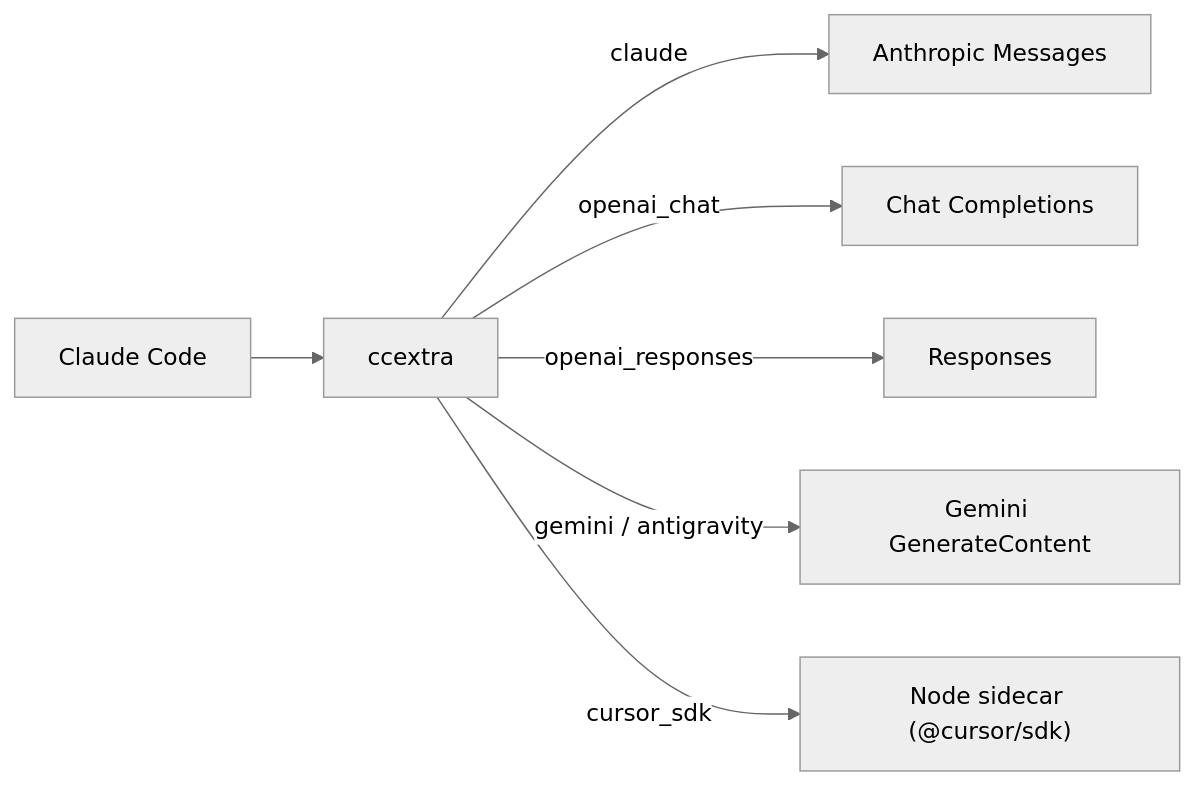
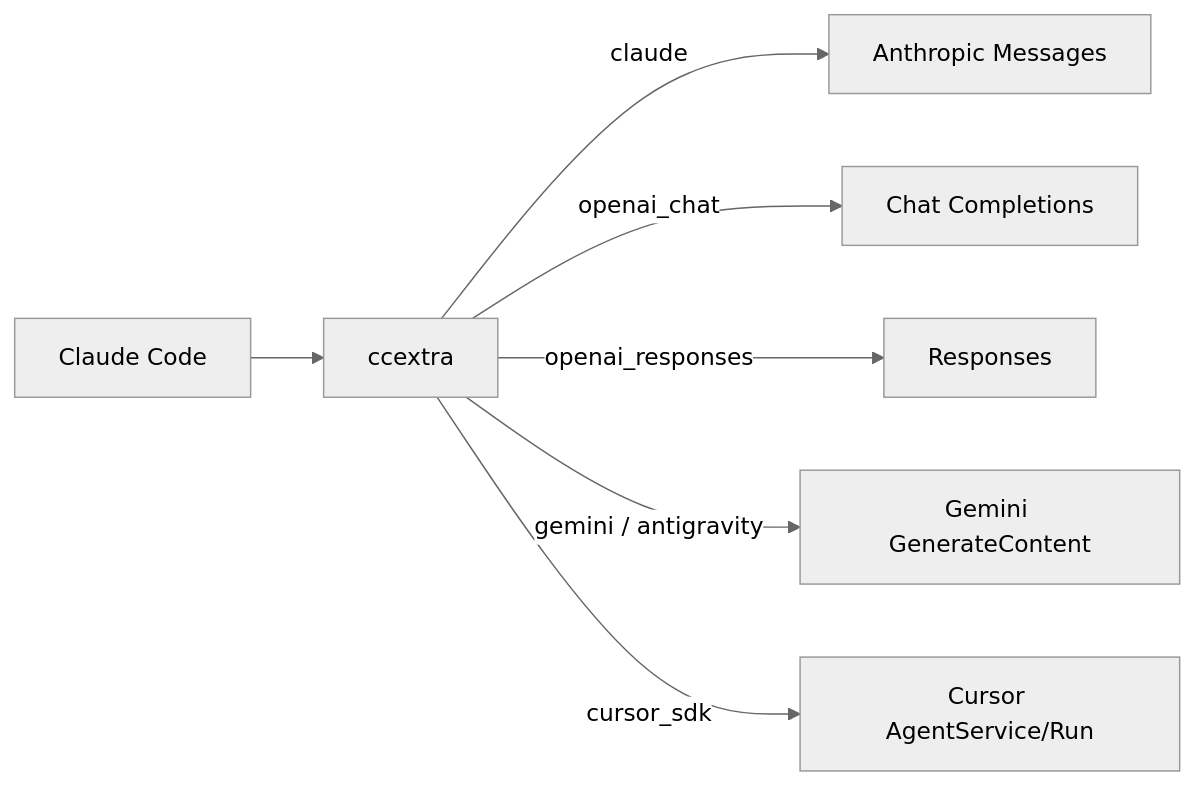
One commit to knoxwh/ccextra changed the diagram in README.en.md. Above: the diagram before and after it, drawn with Mermaid (neutral theme). The commit also changed other lines of this file and 81 other files, not shown here.

First line of the commit message:
feat(cursor): native AgentService/Run protocol

````diff
--- a/README.en.md
+++ b/README.en.md
@@ -45,9 +45,9 @@
 ```mermaid
 flowchart LR
     CC["Claude Code"] --> P["ccextra"]
     P -->|claude| A["Anthropic Messages"]
     P -->|openai_chat| B["Chat Completions"]
     P -->|openai_responses| C["Responses"]
     P -->|gemini / antigravity| D["Gemini GenerateContent"]
-    P -->|cursor_sdk| E["Node sidecar (@cursor/sdk)"]
+    P -->|cursor_sdk| E["Cursor AgentService/Run"]
 ```
````
